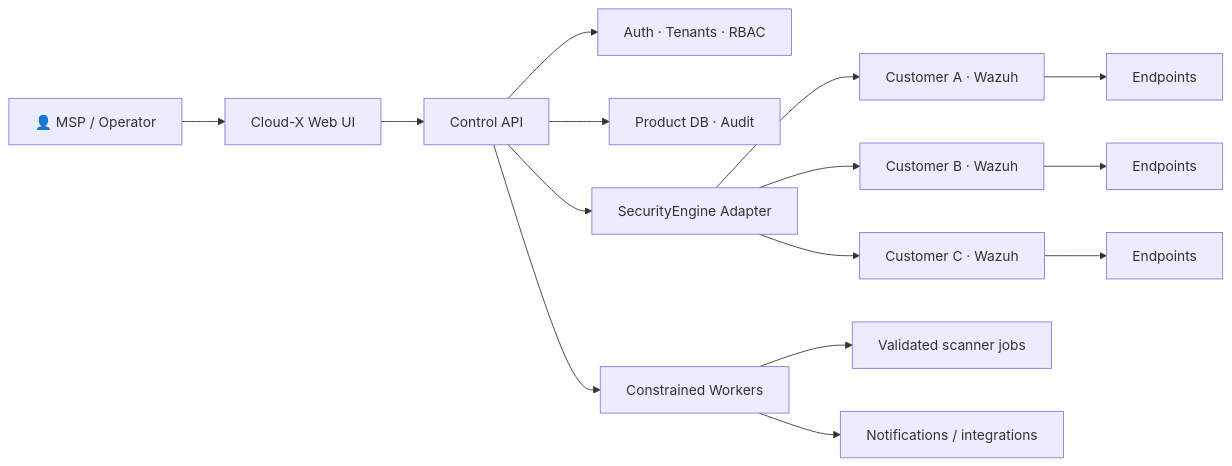
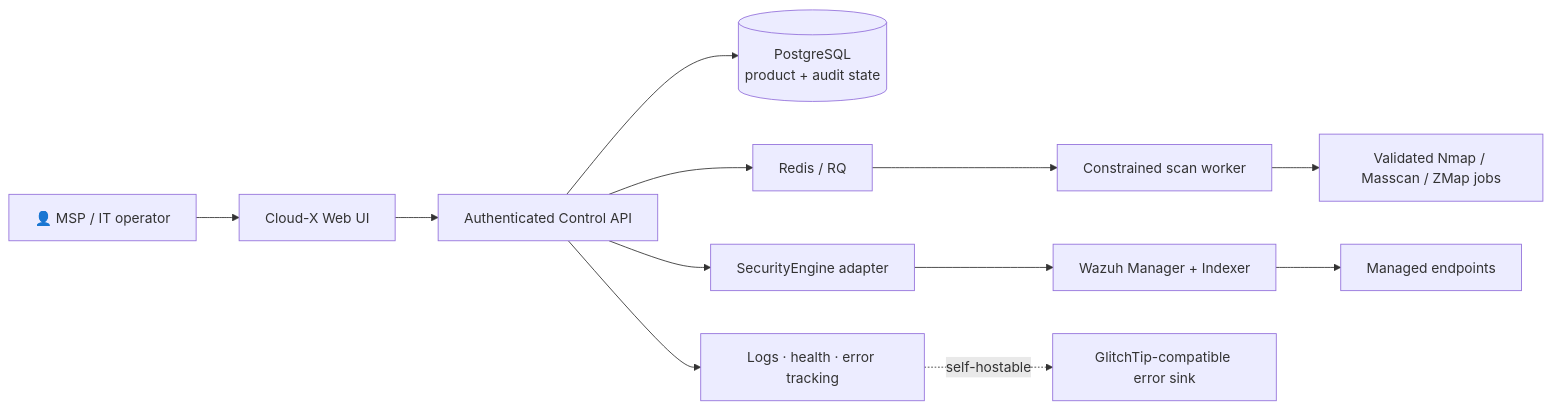
Before and after one commit to MAPLEIZER/Cloud-X-MVP: the first of 6 diagrams in README.md, drawn with Mermaid. The commit also changed other lines of this file, not shown here.

Commit message:
docs(readme): modernize Cloud-X project overview

````diff
--- a/README.md
+++ b/README.md
@@ -104,21 +100,18 @@
 ```mermaid
 flowchart LR
-    OP["👤 MSP / Operator"] --> UI["Cloud-X Web UI"]
-    UI --> API["Control API"]
+    OP["👤 MSP / IT operator"] --> UI["Cloud-X Web UI"]
+    UI --> API["Authenticated Control API"]
 
-    API --> AUTH["Auth · Tenants · RBAC"]
-    API --> DB["Product DB · Audit"]
-    API --> ENG["SecurityEngine Adapter"]
-    API --> JOBS["Constrained Workers"]
+    API --> DB[("PostgreSQL\nproduct + audit state")]
+    API --> QUEUE["Redis / RQ"]
+    API --> ENG["SecurityEngine adapter"]
+    API --> OBS["Logs · health · error tracking"]
 
-    ENG --> WA["Customer A · Wazuh"]
-    ENG --> WB["Customer B · Wazuh"]
-    ENG --> WC["Customer C · Wazuh"]
+    QUEUE --> WORKER["Constrained scan worker"]
+    WORKER --> SCAN["Validated Nmap / Masscan / ZMap jobs"]
 
-    WA --> EA["Endpoints"]
-    WB --> EB["Endpoints"]
-    WC --> EC["Endpoints"]
+    ENG --> W["Wazuh Manager + Indexer"]
+    W --> EP["Managed endpoints"]
 
-    JOBS --> SCAN["Validated scanner jobs"]
-    JOBS --> NOTIFY["Notifications / integrations"]
+    OBS -. self-hostable .-> GT["GlitchTip-compatible error sink"]
 ```
````
